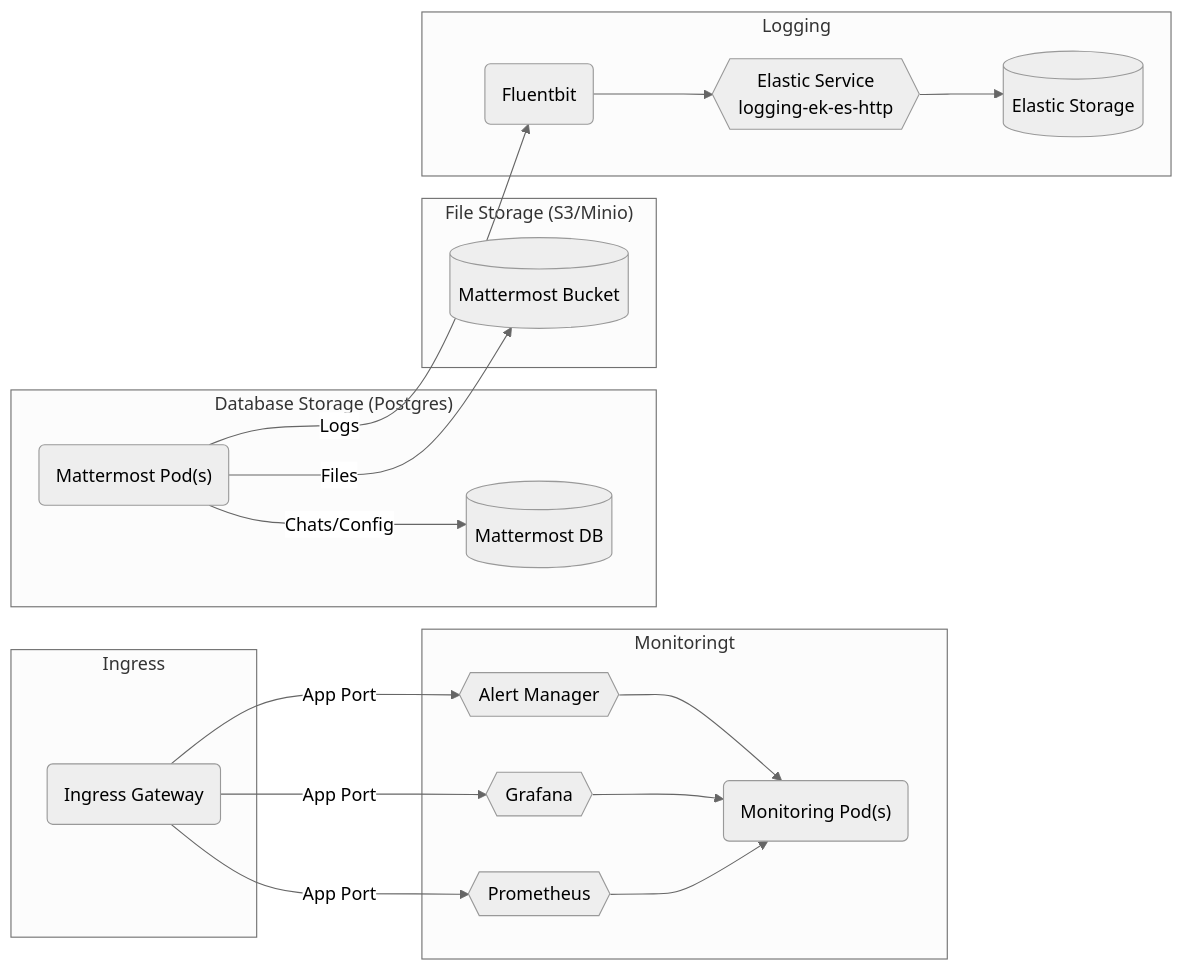
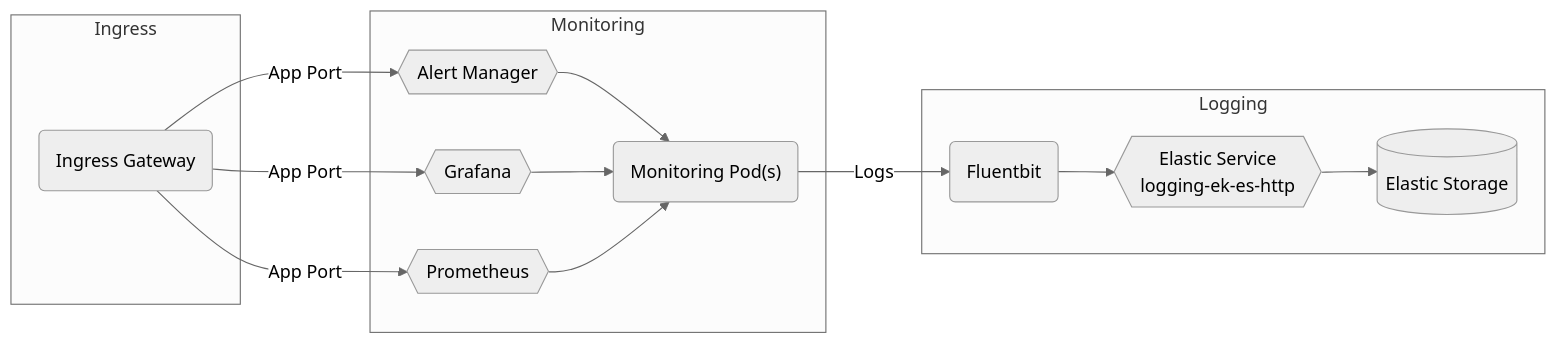
One commit to sbko/bigbang changed the diagram in charter/packages/monitoring/Architecture.md. Above: the diagram before and after it, drawn with Mermaid (neutral theme).

Commit message:
monitoring architecture

````diff
--- a/charter/packages/monitoring/Architecture.md
+++ b/charter/packages/monitoring/Architecture.md
@@ -12,29 +12,22 @@
  ```mermaid
 graph LR
-  subgraph "Monitoringt"
+  subgraph "Monitoring"
     monitoringpods("Monitoringt Pod(s)")
     alertmanager{{Alert Manager}} --> monitoringpods("Monitoring Pod(s)")
     grafana{{Grafana}} --> monitoringpods("Monitoring Pod(s)")
     prometheus{{Prometheus}} --> monitoringpods("Monitoring Pod(s)")
   end      
 
   subgraph "Ingress"
     ig(Ingress Gateway) --"App Port"--> alertmanager
     ig(Ingress Gateway) --"App Port"--> grafana
      ig(Ingress Gateway) --"App Port"--> prometheus
      
   end
 
-  subgraph "Database Storage (Postgres)"
-    mattermostpods("Mattermost Pod(s)") --"Chats/Config"--> database[(Mattermost DB)]
-  end
-
-  subgraph "File Storage (S3/Minio)"
-    mattermostpods("Mattermost Pod(s)") --"Files"--> bucket[(Mattermost Bucket)]
-  end
 
   subgraph "Logging"
-    mattermostpods("Mattermost Pod(s)") --"Logs"--> fluent(Fluentbit) --> logging-ek-es-http
+    monitoringpods("Monitoring Pod(s)") --"Logs"--> fluent(Fluentbit) --> logging-ek-es-http
     logging-ek-es-http{{Elastic Service<br />logging-ek-es-http}} --> elastic[(Elastic Storage)]
   end
 ```   
````
